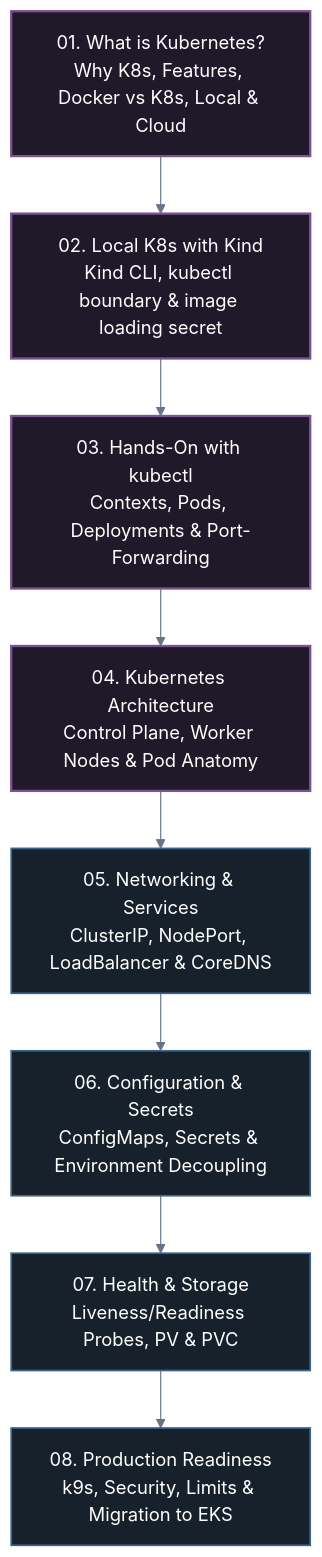
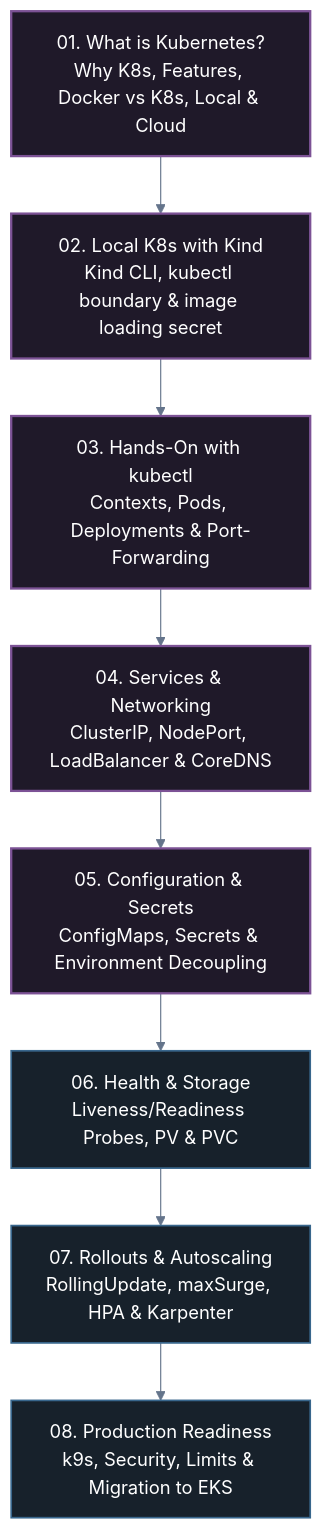
One commit to heinhtetzan/k8s-in-production changed the diagram in 05-learn-k8s/README.md. Above: the diagram before and after it, drawn with Mermaid. The commit also changed other lines of this file and 4 other files, not shown here.

Commit message:
feat: add services and networking lesson and remove architecture deep dive

````diff
--- a/05-learn-k8s/README.md
+++ b/05-learn-k8s/README.md
@@ -13,30 +13,30 @@
 ```mermaid
 %%{init: {
   'theme': 'base',
   'themeVariables': {
     'darkMode': true,
     'background': '#0f172a',
     'primaryColor': '#1e293b',
     'primaryTextColor': '#e2e8f0',
     'primaryBorderColor': '#475569',
     'lineColor': '#64748b',
     'textColor': '#e2e8f0',
     'edgeLabelBackground': '#0f172a'
   },
   'themeCSS': '* { filter: none !important; box-shadow: none !important; } .node * { filter: none !important; } .cluster * { filter: none !important; }'
 }}%%
 flowchart TD
     L1["01. What is Kubernetes?<br/>Why K8s, Features, Docker vs K8s, Local & Cloud"] --> L2["02. Local K8s with Kind<br/>Kind CLI, kubectl boundary & image loading secret"]
     L2 --> L3["03. Hands-On with kubectl<br/>Contexts, Pods, Deployments & Port-Forwarding"]
-    L3 --> L4["04. Kubernetes Architecture<br/>Control Plane, Worker Nodes & Pod Anatomy"]
-    L4 --> L5["05. Networking & Services<br/>ClusterIP, NodePort, LoadBalancer & CoreDNS"]
-    L5 --> L6["06. Configuration & Secrets<br/>ConfigMaps, Secrets & Environment Decoupling"]
-    L6 --> L7["07. Health & Storage<br/>Liveness/Readiness Probes, PV & PVC"]
+    L3 --> L4["04. Services & Networking<br/>ClusterIP, NodePort, LoadBalancer & CoreDNS"]
+    L4 --> L5["05. Configuration & Secrets<br/>ConfigMaps, Secrets & Environment Decoupling"]
+    L5 --> L6["06. Health & Storage<br/>Liveness/Readiness Probes, PV & PVC"]
+    L6 --> L7["07. Rollouts & Autoscaling<br/>RollingUpdate, maxSurge, HPA & Karpenter"]
     L7 --> L8["08. Production Readiness<br/>k9s, Security, Limits & Migration to EKS"]
 
     classDef active fill:#1f1929,stroke:#7c5295,stroke-width:2px,color:#ffffff;
     classDef planned fill:#17212b,stroke:#38668c,stroke-width:1.5px,color:#ffffff;
 
-    class L1,L2,L3,L4 active;
-    class L5,L6,L7,L8 planned;
+    class L1,L2,L3,L4,L5 active;
+    class L6,L7,L8 planned;
 ```
````
